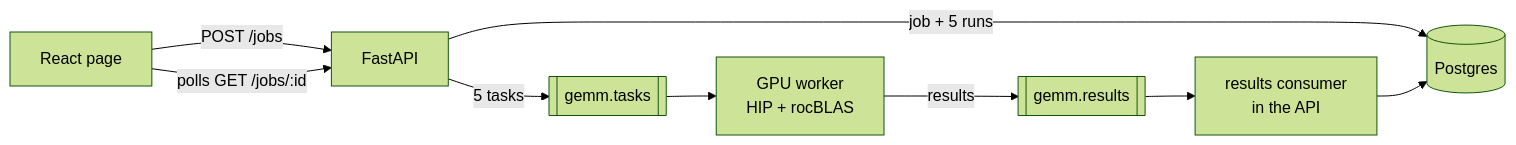
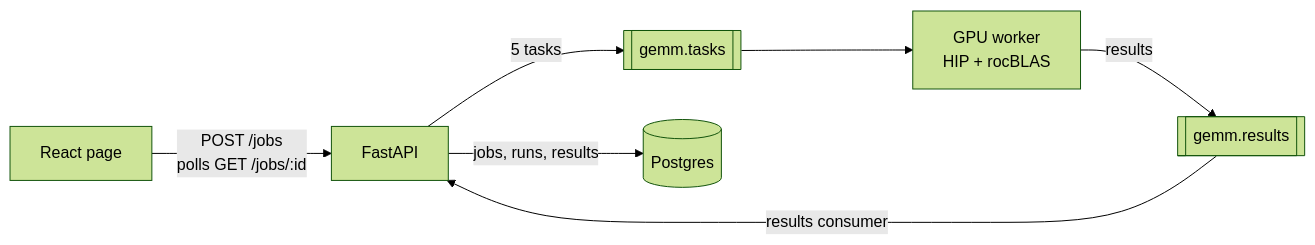
Before and after one commit to jayesh-swami/gemm-queue: the diagram in README.md, drawn with Mermaid (forest theme).

Commit message:
Loop results back through the API in the README diagram

````diff
--- a/README.md
+++ b/README.md
@@ -7,11 +7,9 @@
 ```mermaid
 flowchart LR
-    UI[React page] -->|POST /jobs| API[FastAPI]
-    API -->|job + 5 runs| DB[(Postgres)]
+    UI[React page] -->|POST /jobs<br/>polls GET /jobs/:id| API[FastAPI]
     API -->|5 tasks| T[[gemm.tasks]]
     T --> W[GPU worker<br/>HIP + rocBLAS]
     W -->|results| R[[gemm.results]]
-    R --> C[results consumer<br/>in the API]
-    C --> DB
-    UI -->|polls GET /jobs/:id| API
+    R -->|results consumer| API
+    API -->|jobs, runs, results| DB[(Postgres)]
 ```
````
